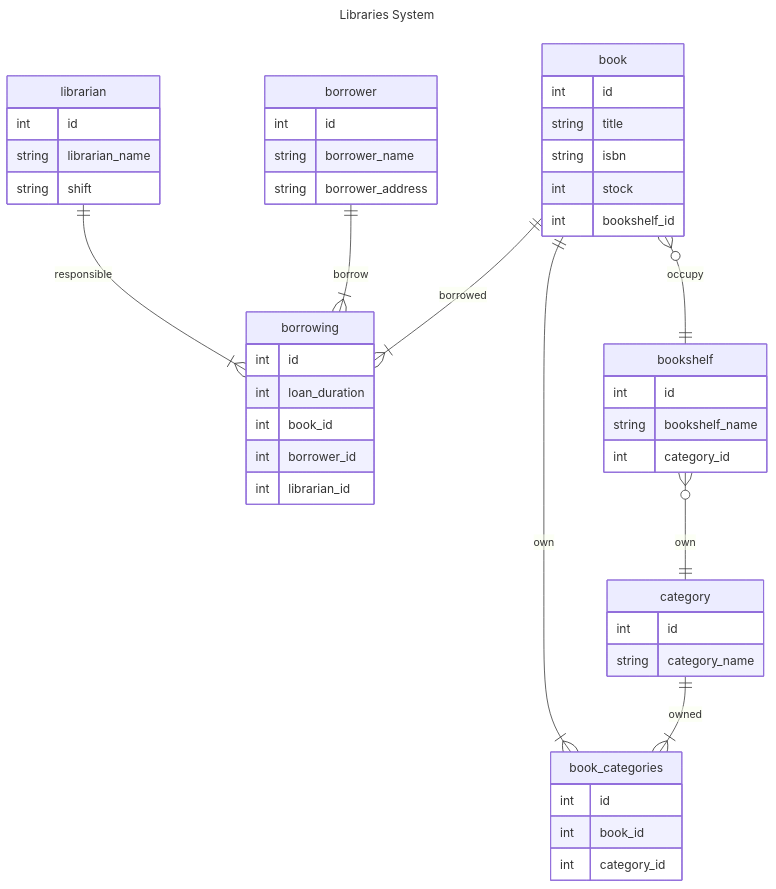
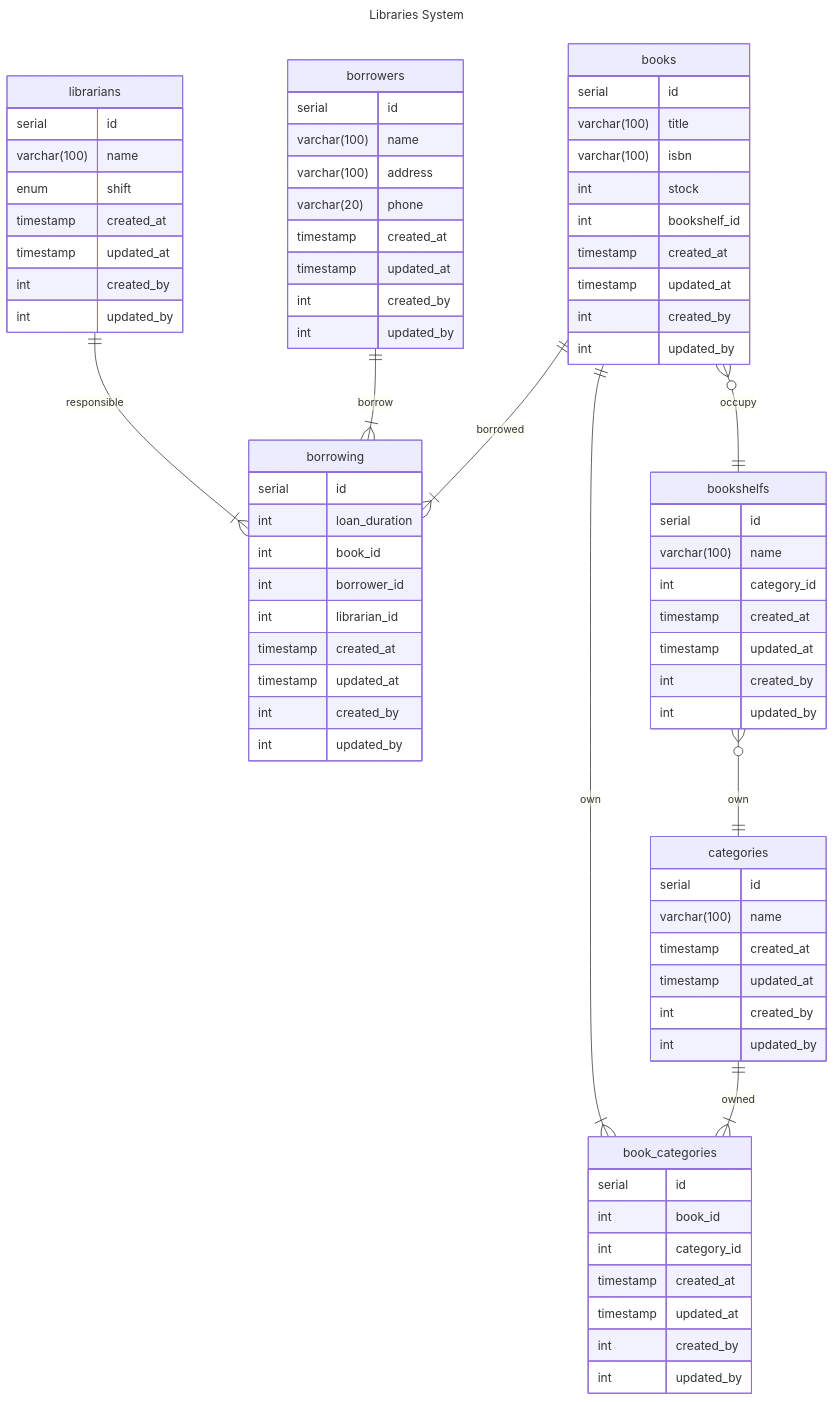
Before and after one commit to ItsnaMaulanaHasan/koda-b4-db1: the diagram in README.md, drawn with Mermaid. The commit also changed 1 other file, not shown here.

Commit message:
feat: adjust atribut in few table and normalization table

````diff
--- a/README.md
+++ b/README.md
@@ -5,56 +5,85 @@
     title: Libraries System
 ---
 erDiagram
-    book{
-        int id
-        string title
-        string isbn
+    books{
+        serial id
+        varchar(100) title
+        varchar(100) isbn
         int stock
         int bookshelf_id
+        timestamp created_at
+        timestamp updated_at
+        int created_by
+        int updated_by
     }
 
-    category{
-        int id
-        string category_name
+    categories{
+        serial id
+        varchar(100) name
+        timestamp created_at
+        timestamp updated_at
+        int created_by
+        int updated_by
     }
 
-    bookshelf{
-        int id
-        string bookshelf_name
+    bookshelfs{
+        serial id
+        varchar(100) name
         int category_id
+        timestamp created_at
+        timestamp updated_at
+        int created_by
+        int updated_by
     }
 
-    librarian{
-        int id
-        string librarian_name
-        string shift
+    librarians{
+        serial id
+        varchar(100) name
+        enum shift
+        timestamp created_at
+        timestamp updated_at
+        int created_by
+        int updated_by
     }
 
-    borrower{
-        int id
-        string borrower_name
-        string borrower_address
+    borrowers{
+        serial id
+        varchar(100) name
+        varchar(100) address
+        varchar(20) phone
+        timestamp created_at
+        timestamp updated_at
+        int created_by
+        int updated_by
     }
 
     borrowing{
-        int id
+        serial id
         int loan_duration
         int book_id
         int borrower_id
         int librarian_id
+        timestamp created_at
+        timestamp updated_at
+        int created_by
+        int updated_by
     }
 
     book_categories{
-        int id
+        serial id
         int book_id
         int category_id
+        timestamp created_at
+        timestamp updated_at
+        int created_by
+        int updated_by
     }
 
-    librarian ||--|{ borrowing : responsible
-    borrower ||--|{ borrowing : borrow
-    book ||--|{ borrowing : borrowed
-    book ||--|{ book_categories : own
-    category ||--|{ book_categories : owned
-    book }o--|| bookshelf : occupy
-    bookshelf }o--|| category : own
+    librarians ||--|{ borrowing : responsible
+    borrowers ||--|{ borrowing : borrow
+    books ||--|{ borrowing : borrowed
+    books ||--|{ book_categories : own
+    categories ||--|{ book_categories : owned
+    books }o--|| bookshelfs : occupy
+    bookshelfs }o--|| categories : own
 ```
````
